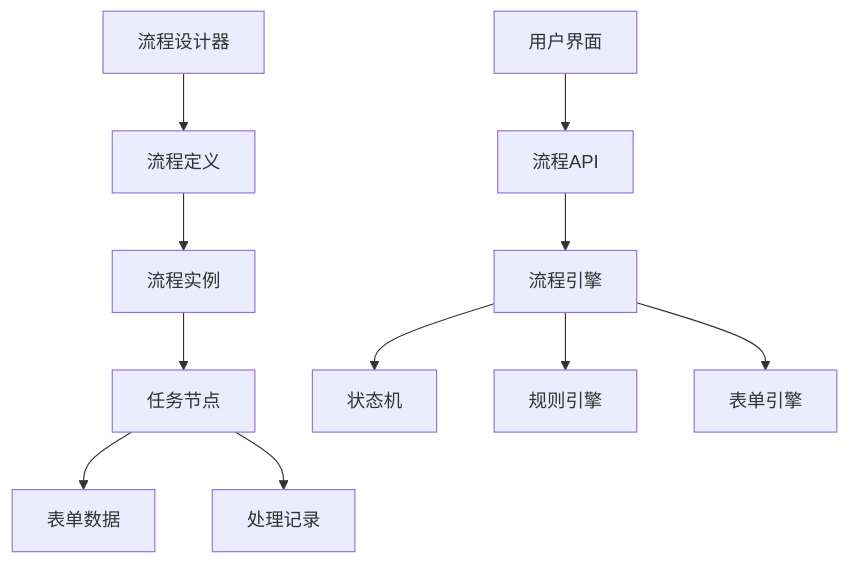
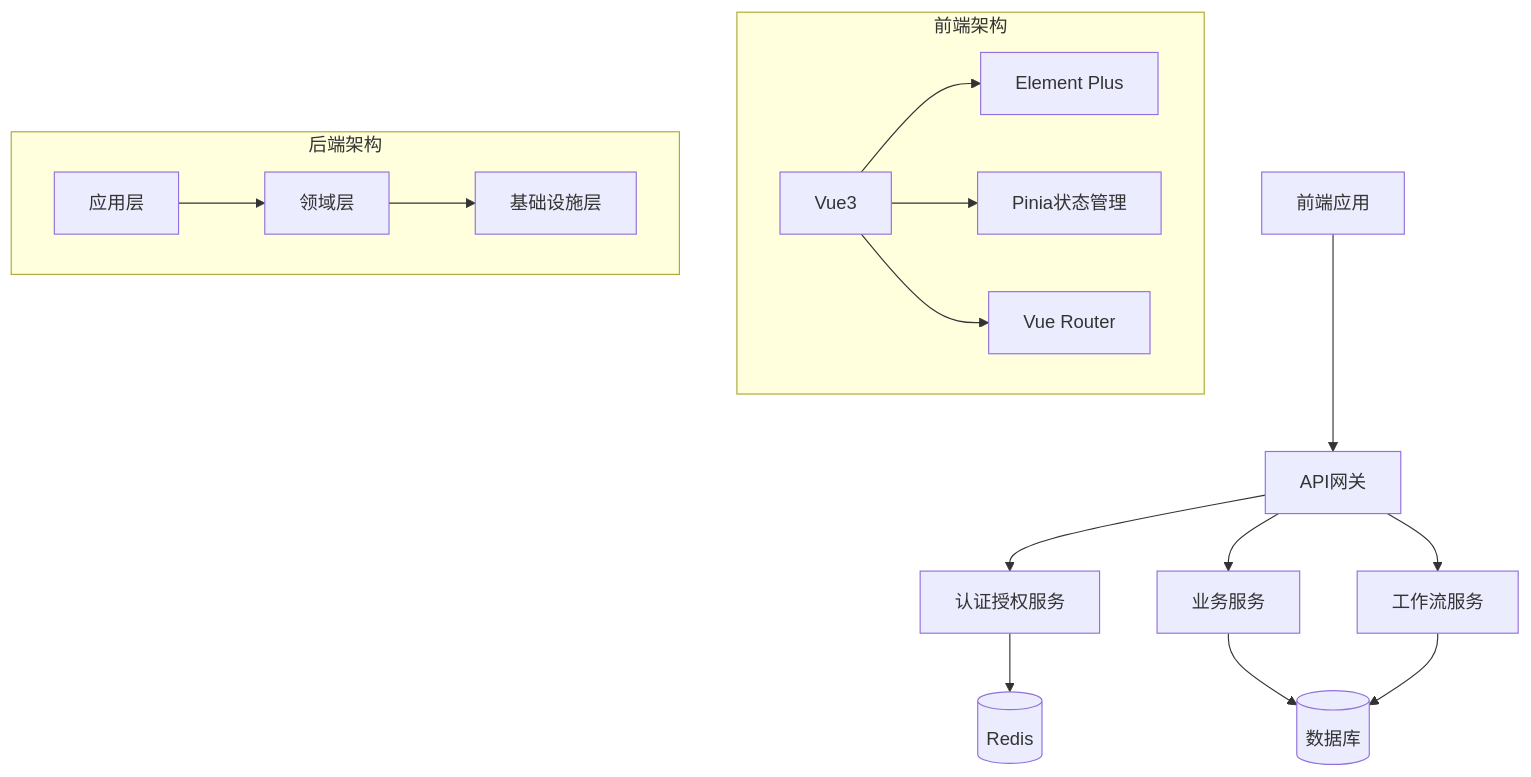
One commit to Lean365/Lean.Cur changed the diagram in README.md. Above: the diagram before and after it, drawn with Mermaid. The commit also changed other lines of this file and 174 other files, not shown here.

````diff
--- a/README.md
+++ b/README.md
@@ -237,14 +37,22 @@
 ```mermaid
-graph TB
-    A[流程设计器] --> B[流程定义]
-    B --> C[流程实例]
-    C --> D[任务节点]
-    D --> E[表单数据]
-    D --> F[处理记录]
+graph TD
+    A[前端应用] --> B[API网关]
+    B --> C[认证授权服务]
+    B --> D[业务服务]
+    B --> E[工作流服务]
     
-    G[用户界面] --> H[流程API]
-    H --> I[流程引擎]
-    I --> J[状态机]
-    I --> K[规则引擎]
-    I --> L[表单引擎]
+    C --> F[(Redis)]
+    D --> G[(数据库)]
+    E --> G
+    
+    subgraph 前端架构
+    A1[Vue3] --> A2[Element Plus]
+    A1 --> A3[Pinia状态管理]
+    A1 --> A4[Vue Router]
+    end
+    
+    subgraph 后端架构
+    D1[应用层] --> D2[领域层]
+    D2 --> D3[基础设施层]
+    end
 ```
````
